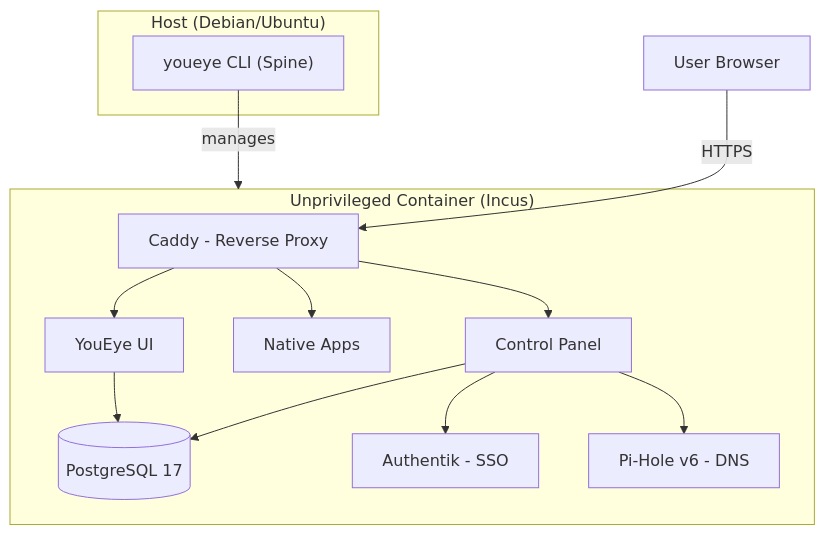
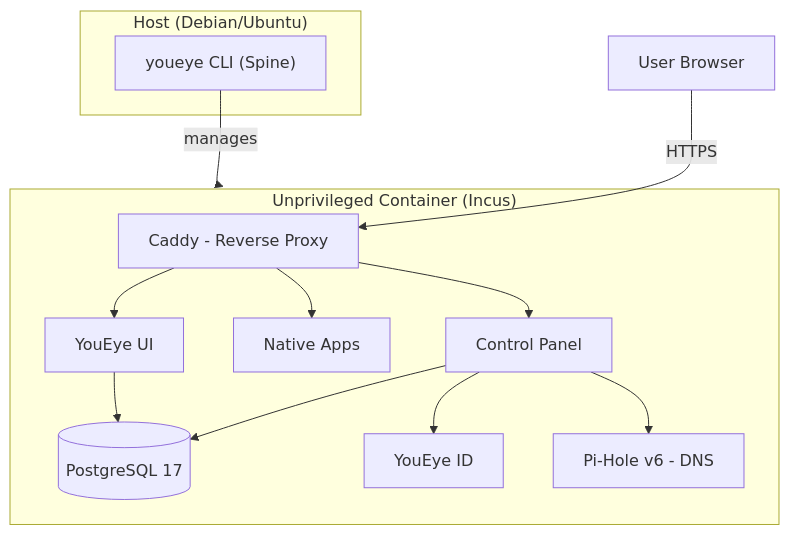
The diagram in README.md (YouEye-Platform/YouEye), drawn with Mermaid before and after one commit. The commit also changed other lines of this file and 5 other files, not shown here.

````diff
--- a/README.md
+++ b/README.md
@@ -71,28 +71,28 @@
 ```mermaid
 graph TD
     User[User Browser] -->|HTTPS| Caddy
 
     subgraph Host["Host (Debian/Ubuntu)"]
         Spine["youeye CLI (Spine)"]
     end
 
     Spine -->|manages| Container
 
     subgraph Container["Unprivileged Container (Incus)"]
         CP[Control Panel]
         Caddy[Caddy - Reverse Proxy]
-        Auth[Authentik - SSO]
+        ID[YouEye ID]
         DB[(PostgreSQL 17)]
         DNS[Pi-Hole v6 - DNS]
         UI[YouEye UI]
         Apps[Native Apps]
     end
 
     Caddy --> UI
     Caddy --> Apps
     Caddy --> CP
     CP --> DB
-    CP --> Auth
+    CP --> ID
     CP --> DNS
     UI --> DB
 ```
````
